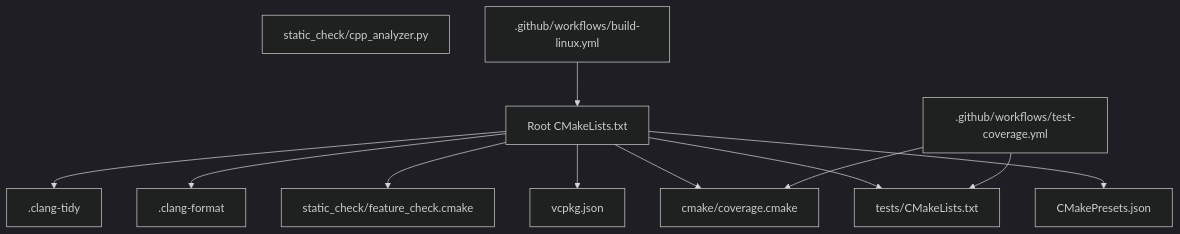
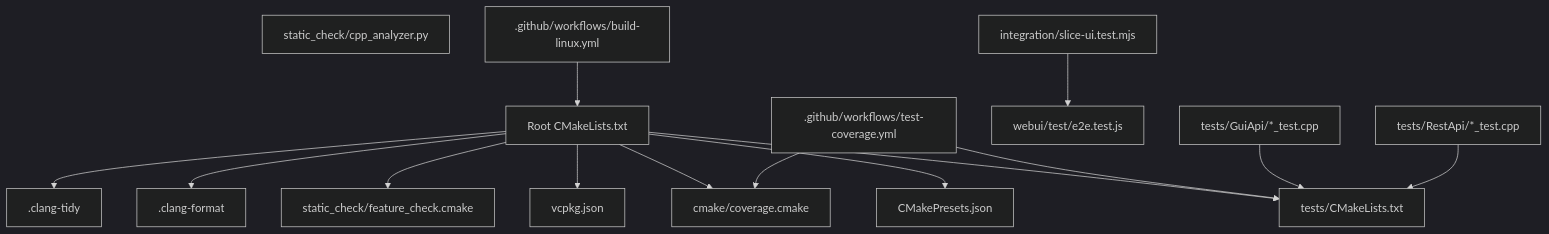
One commit to hsmbanlance/HsBaSlicer changed the first of 9 diagrams in .qoder/repowiki/en/content/Development Testing & Contribution.md. Above: the diagram before and after it, drawn with Mermaid (dark theme). The commit also changed other lines of this file and 101 other files, not shown here.

````diff
--- a/.qoder/repowiki/en/content/Development Testing & Contribution.md
+++ b/.qoder/repowiki/en/content/Development Testing & Contribution.md
@@ -48,24 +64,31 @@
 ```mermaid
 graph TB
 Root["Root CMakeLists.txt"]
 Presets["CMakePresets.json"]
 VCPKG["vcpkg.json"]
 Tests["tests/CMakeLists.txt"]
 Coverage["cmake/coverage.cmake"]
 StaticCheck["static_check/cpp_analyzer.py"]
 FeatureCheck["static_check/feature_check.cmake"]
 Format[".clang-format"]
 Lint[".clang-tidy"]
 CI_Linux[".github/workflows/build-linux.yml"]
 CI_Coverage[".github/workflows/test-coverage.yml"]
+Integration["integration/slice-ui.test.mjs"]
+WebUI_E2E["webui/test/e2e.test.js"]
+GUI_Tests["tests/GuiApi/*_test.cpp"]
+REST_Tests["tests/RestApi/*_test.cpp"]
 Root --> Presets
 Root --> VCPKG
 Root --> Tests
 Root --> Coverage
 Root --> FeatureCheck
 Root --> Format
 Root --> Lint
 CI_Linux --> Root
 CI_Coverage --> Coverage
 CI_Coverage --> Tests
+Integration --> WebUI_E2E
+GUI_Tests --> Tests
+REST_Tests --> Tests
 ```
````
